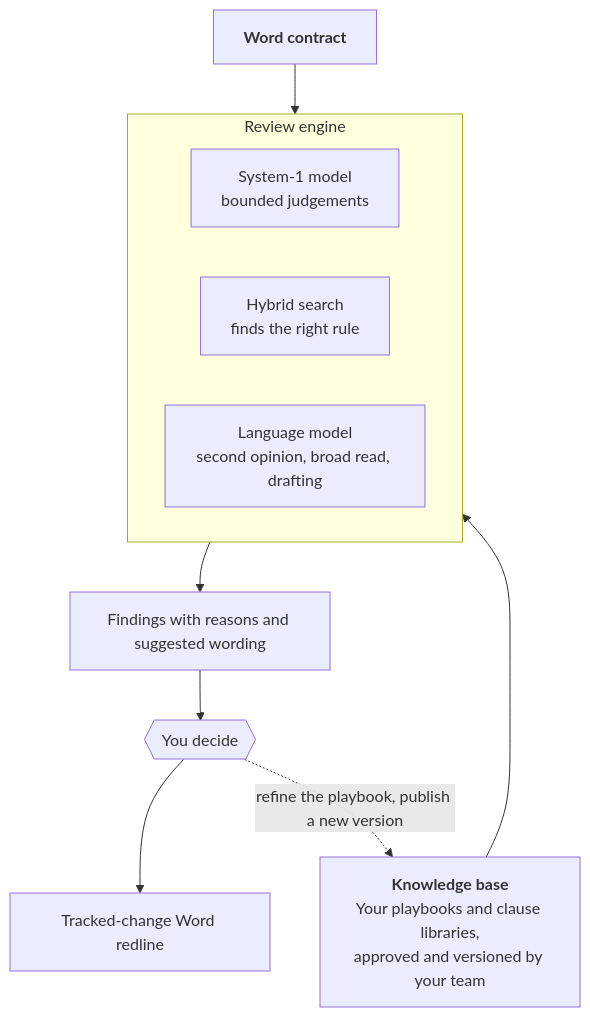
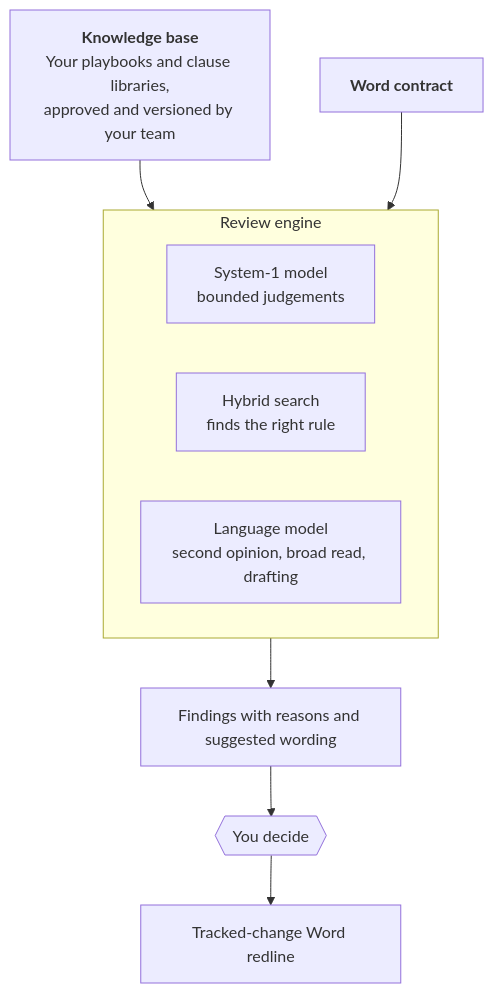
Before and after one commit to Shridhar600/Rivell: the diagram in README2.md, drawn with Mermaid.

Commit message:
README2: diagram without the loop, so it reads top to bottom

````diff
--- a/README2.md
+++ b/README2.md
@@ -42,19 +42,18 @@
 ```mermaid
 flowchart TB
     KB["<b>Knowledge base</b><br/>Your playbooks and clause libraries,<br/>approved and versioned by your team"]
     C["<b>Word contract</b>"]
 
     subgraph EN["Review engine"]
         direction LR
         S1["System-1 model<br/>bounded judgements"]
         HS["Hybrid search<br/>finds the right rule"]
         LLM["Language model<br/>second opinion, broad read, drafting"]
     end
 
     KB --> EN
     C --> EN
     EN --> F["Findings with reasons and suggested wording"]
     F --> U{{"You decide"}}
     U --> R["Tracked-change Word redline"]
-    U -. "refine the playbook, publish a new version" .-> KB
 ```
````
